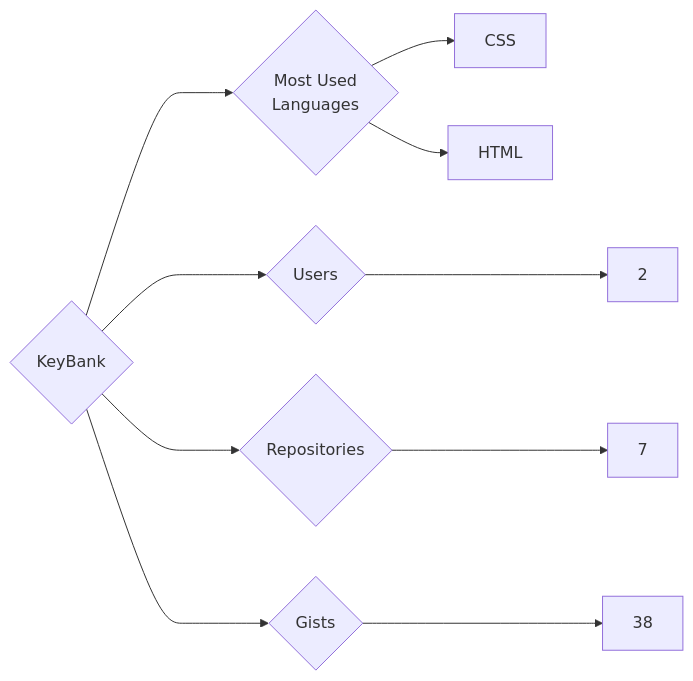
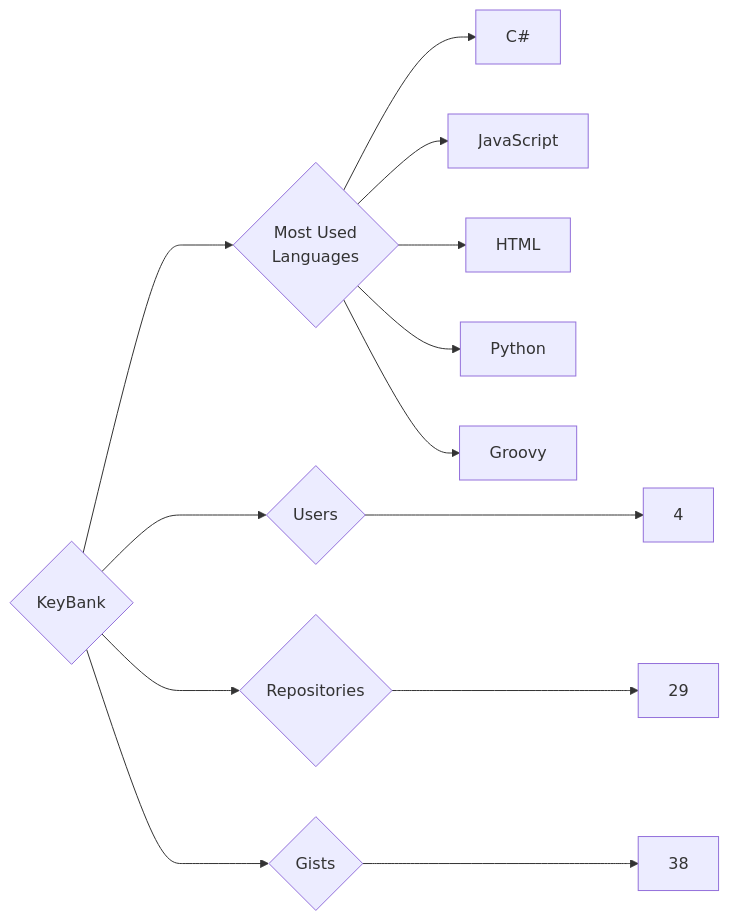
Before and after one commit to trickest/insiders: the diagram in targets/KeyBank/README.md, drawn with Mermaid. The commit also changed 1314 other files, not shown here.

````diff
--- a/targets/KeyBank/README.md
+++ b/targets/KeyBank/README.md
@@ -3,10 +3,13 @@
 ```mermaid
 graph LR
 COMPANY_NAME{KeyBank}
-COMPANY_NAME ---> U{Users} ---> UN[2]
-COMPANY_NAME ---> R{Repositories} ---> RN[7]
+COMPANY_NAME ---> U{Users} ---> UN[4]
+COMPANY_NAME ---> R{Repositories} ---> RN[29]
 COMPANY_NAME ---> G{Gists} ---> GN[38]
 COMPANY_NAME ---> ML{Most Used<br>Languages}
-ML --> CSS[CSS]
+ML --> C#[C#]
+ML --> JavaScript[JavaScript]
 ML --> HTML[HTML]
+ML --> Python[Python]
+ML --> Groovy[Groovy]
 ```
````
